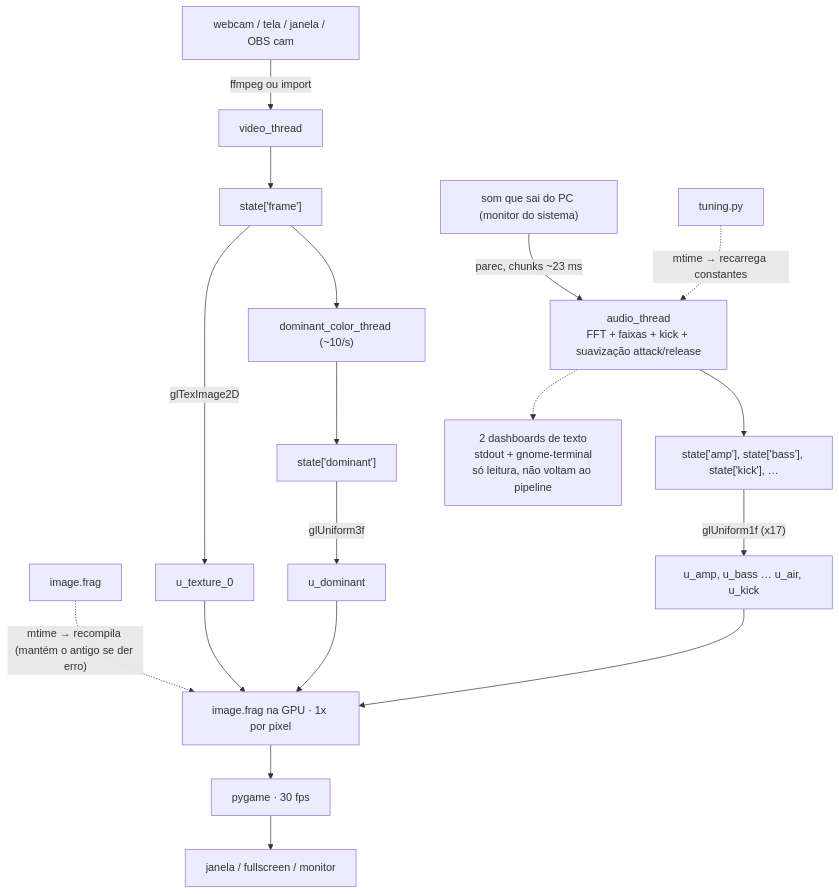
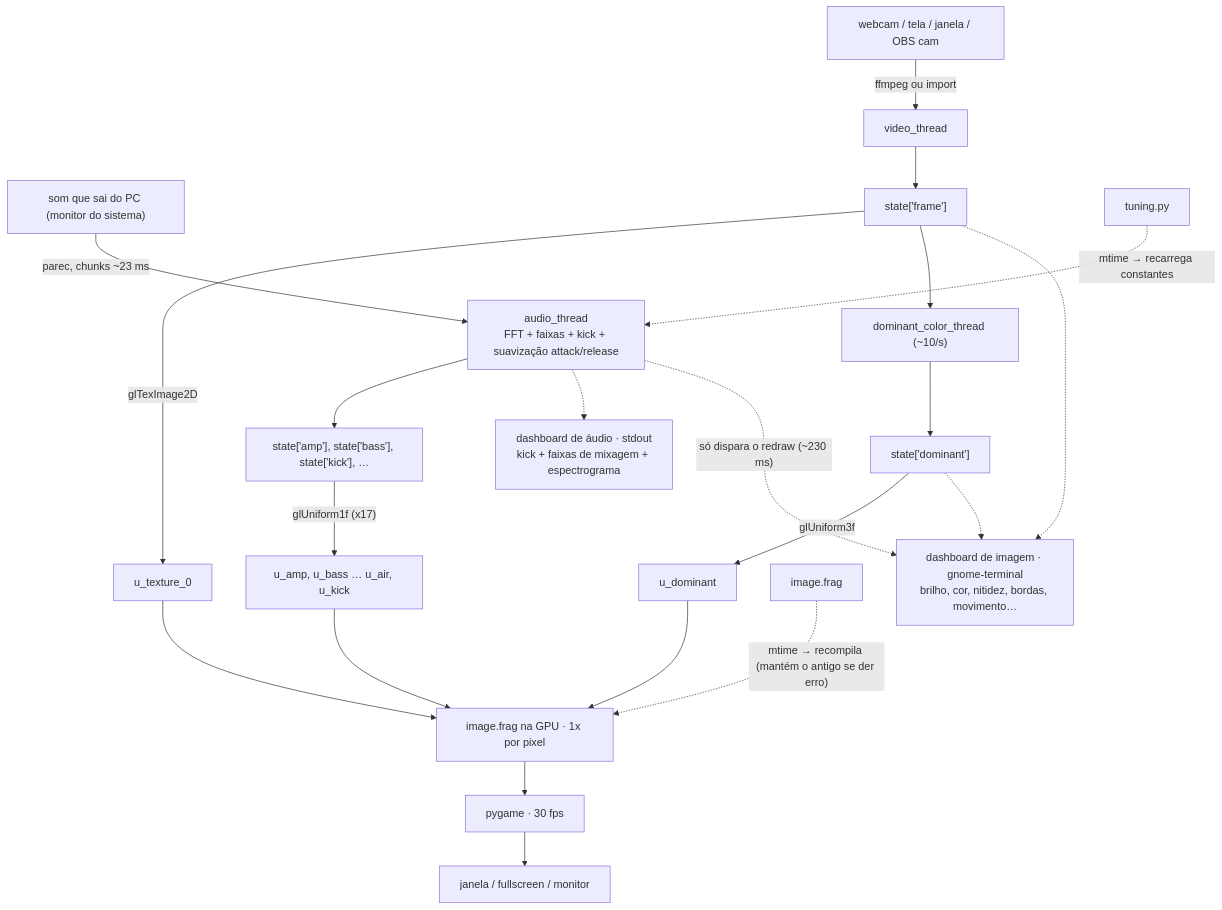
Before and after one commit to paulocremas/cremas-synth-lab: the first of 2 diagrams in README.md, drawn with Mermaid.

Commit message:
Fix flow: image dashboard reads state['frame'], not audio_thread
audio_thread only triggers its redraw on the ~230ms throttle; the data
comes from the video frame + dominant color.

````diff
--- a/README.md
+++ b/README.md
@@ -43,27 +43,30 @@
 ```mermaid
 flowchart TD
     VID["webcam / tela / janela / OBS cam"]
     AUD["som que sai do PC (monitor do sistema)"]
 
     VID -->|"ffmpeg ou import"| VT["video_thread"]
     VT --> SF["state['frame']"]
     AUD -->|"parec, chunks ~23 ms"| AT["audio_thread<br/>FFT + faixas + kick + suavização attack/release"]
 
     SF -->|"glTexImage2D"| UTEX["u_texture_0"]
     SF --> DCT["dominant_color_thread (~10/s)"]
     DCT --> SD["state['dominant']"]
     SD -->|"glUniform3f"| UDOM["u_dominant"]
     AT --> SA["state['amp'], state['bass'], state['kick'], …"]
     SA -->|"glUniform1f (x17)"| UAUD["u_amp, u_bass … u_air, u_kick"]
 
     TUN["tuning.py"] -.->|"mtime → recarrega constantes"| AT
     FRAG["image.frag"] -.->|"mtime → recompila (mantém o antigo se der erro)"| SHADER
 
     UTEX --> SHADER["image.frag na GPU · 1x por pixel"]
     UDOM --> SHADER
     UAUD --> SHADER
     SHADER --> PG["pygame · 30 fps"]
     PG --> WIN["janela / fullscreen / monitor"]
 
-    AT -.-> DASH["2 dashboards de texto<br/>stdout + gnome-terminal<br/>só leitura, não voltam ao pipeline"]
+    AT -.-> DASHA["dashboard de áudio · stdout<br/>kick + faixas de mixagem + espectrograma"]
+    SF -.-> DASHI["dashboard de imagem · gnome-terminal<br/>brilho, cor, nitidez, bordas, movimento…"]
+    SD -.-> DASHI
+    AT -.->|"só dispara o redraw (~230 ms)"| DASHI
 ```
````
